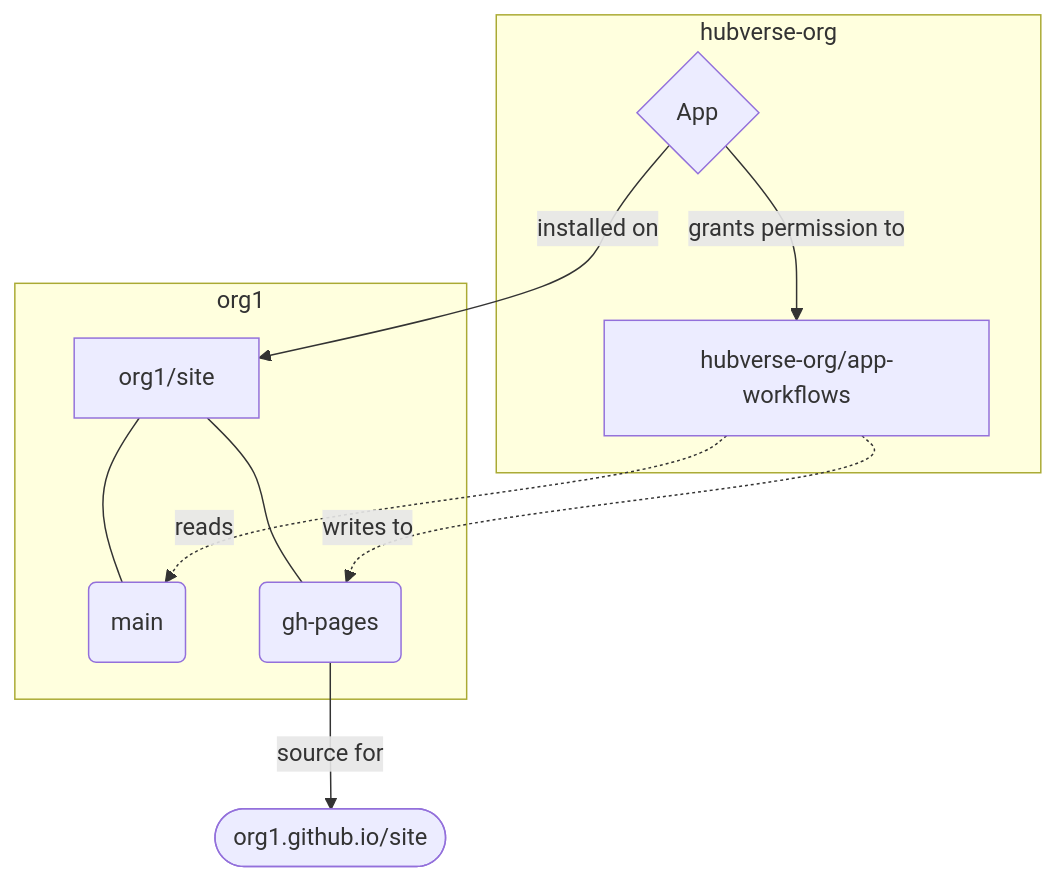
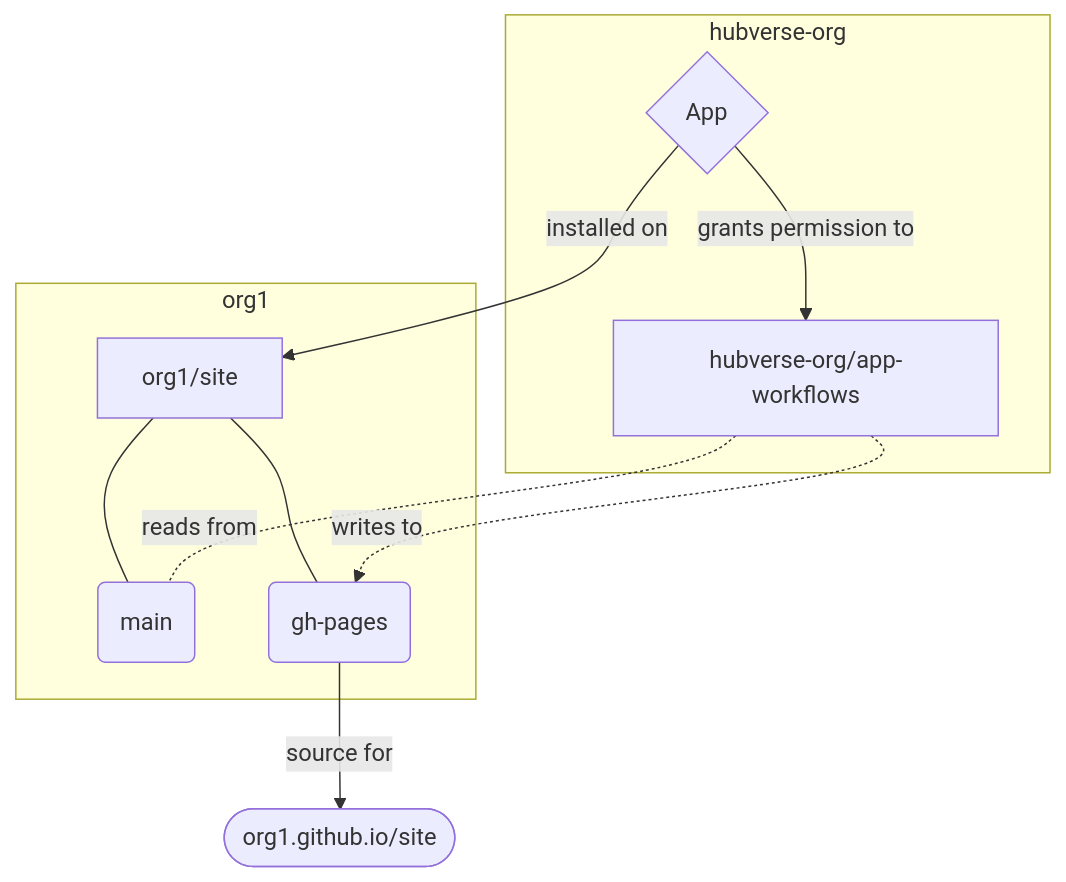
The second of 3 diagrams in README.md (zkamvar/test-fictional-octo-disco), drawn with Mermaid before and after one commit.

````diff
--- a/README.md
+++ b/README.md
@@ -58,23 +58,23 @@
 ```mermaid
 flowchart TD
     subgraph hubverse-org
     app{"App"}
     app-workflows["hubverse-org/app-workflows"]
     end
 
     subgraph org1
     site1-repo["org1/site"]
     main(main)
     gh-pages(gh-pages)
     end
 
     site1(["org1.github.io/site"])
 
     site1-repo---main
     site1-repo---gh-pages
-    app-workflows-.->|reads|main
+    app-workflows<-.-|reads from|main
     app-->|grants permission to|app-workflows
     app-workflows-.->|writes to|gh-pages
     gh-pages-->|source for|site1
     app-->|installed on|site1-repo
 ```
````
